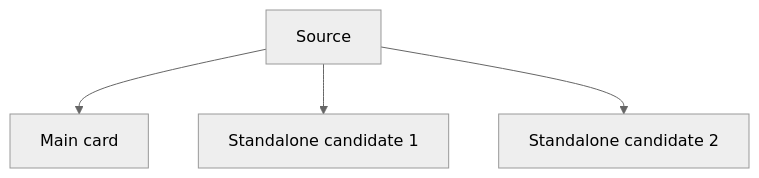
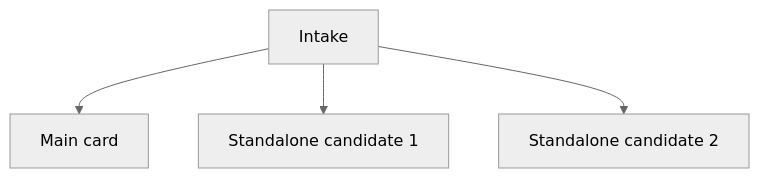
The diagram in templates/PLANNING_TEMPLATE.md (Creator-club-ai/richeese.agent), drawn with Mermaid (neutral theme) before and after one commit. The commit also changed other lines of this file and 12 other files, not shown here.

````diff
--- a/templates/PLANNING_TEMPLATE.md
+++ b/templates/PLANNING_TEMPLATE.md
@@ -54,6 +65,6 @@
 ```mermaid
 flowchart TD
-  A["Source"] --> B["Main card"]
+  A["Intake"] --> B["Main card"]
   A --> C["Standalone candidate 1"]
   A --> D["Standalone candidate 2"]
 ```
````
